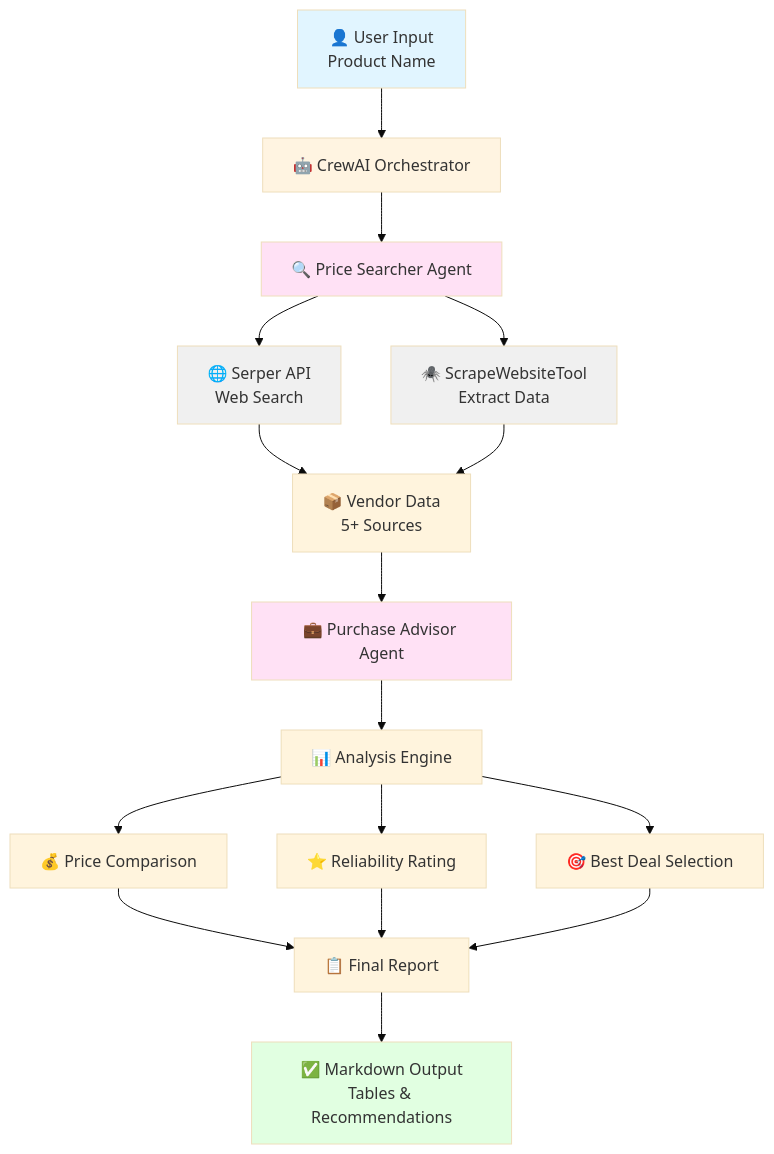
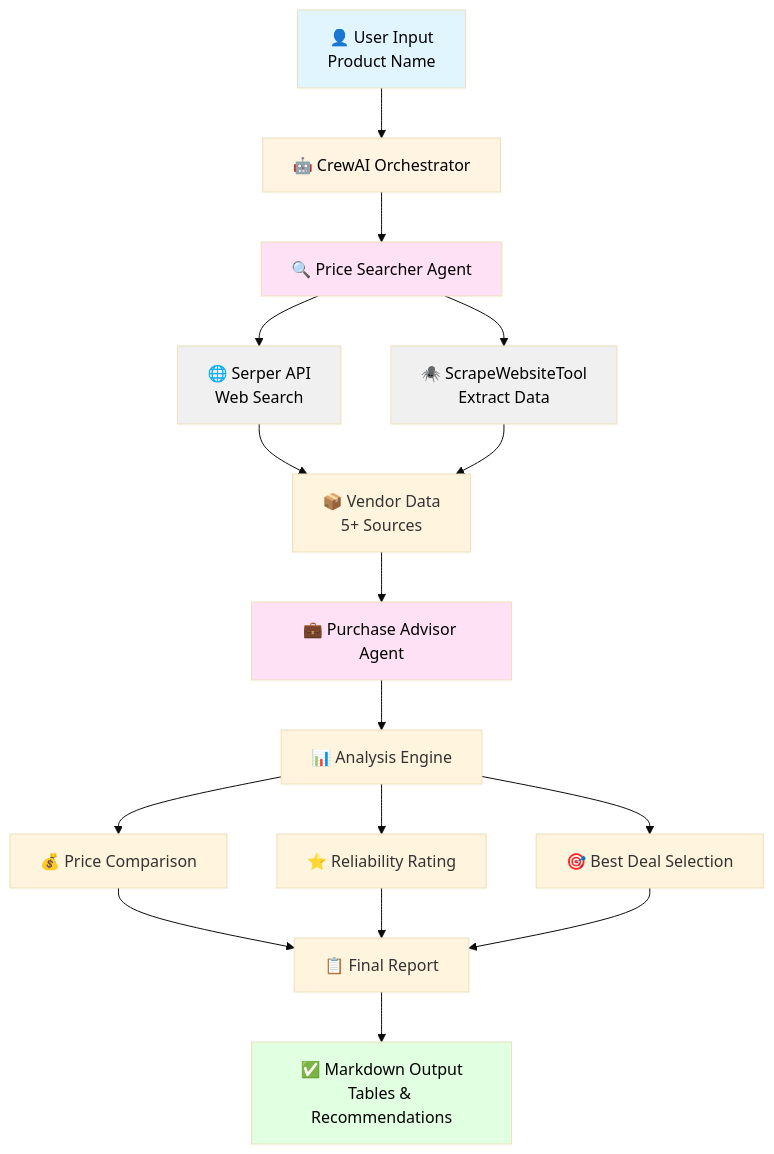
Before and after one commit to iitsh/PriceHunter-AI: the diagram in README.md, drawn with Mermaid (base theme).

````diff
--- a/README.md
+++ b/README.md
@@ -28,32 +28,32 @@
 ```mermaid
 graph TB
     A[👤 User Input<br/>Product Name] --> B[🤖 CrewAI Orchestrator]
     
     B --> C[🔍 Price Searcher Agent]
     C --> D[🌐 Serper API<br/>Web Search]
     C --> E[🕷️ ScrapeWebsiteTool<br/>Extract Data]
     
     D --> F[📦 Vendor Data<br/>5+ Sources]
     E --> F
     
     F --> G[💼 Purchase Advisor Agent]
     
     G --> H[📊 Analysis Engine]
     H --> I[💰 Price Comparison]
     H --> J[⭐ Reliability Rating]
     H --> K[🎯 Best Deal Selection]
     
     I --> L[📋 Final Report]
     J --> L
     K --> L
     
     L --> M[✅ Markdown Output<br/>Tables & Recommendations]
     
-    style A fill:#e1f5ff
-    style B fill:#fff4e1
-    style C fill:#ffe1f5
-    style G fill:#ffe1f5
-    style M fill:#e1ffe1
-    style D fill:#f0f0f0
-    style E fill:#f0f0f0
+    style A fill:#e1f5ff,color:#000
+    style B fill:#fff4e1,color:#000
+    style C fill:#ffe1f5,color:#000
+    style G fill:#ffe1f5,color:#000
+    style M fill:#e1ffe1,color:#000
+    style D fill:#f0f0f0,color:#000
+    style E fill:#f0f0f0,color:#000
 ```
````
